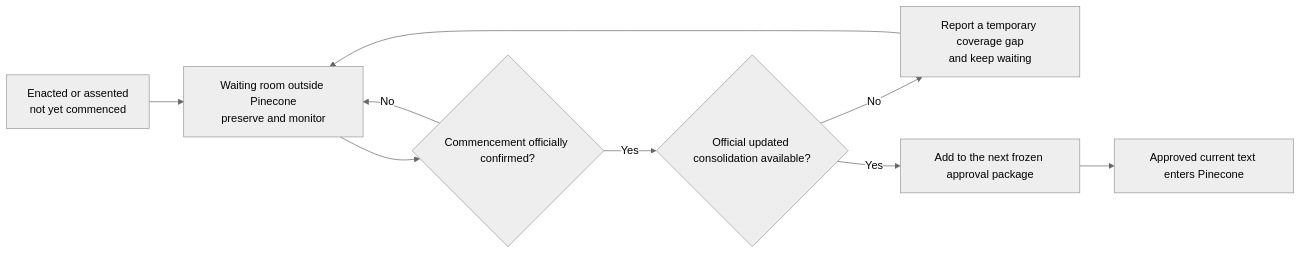
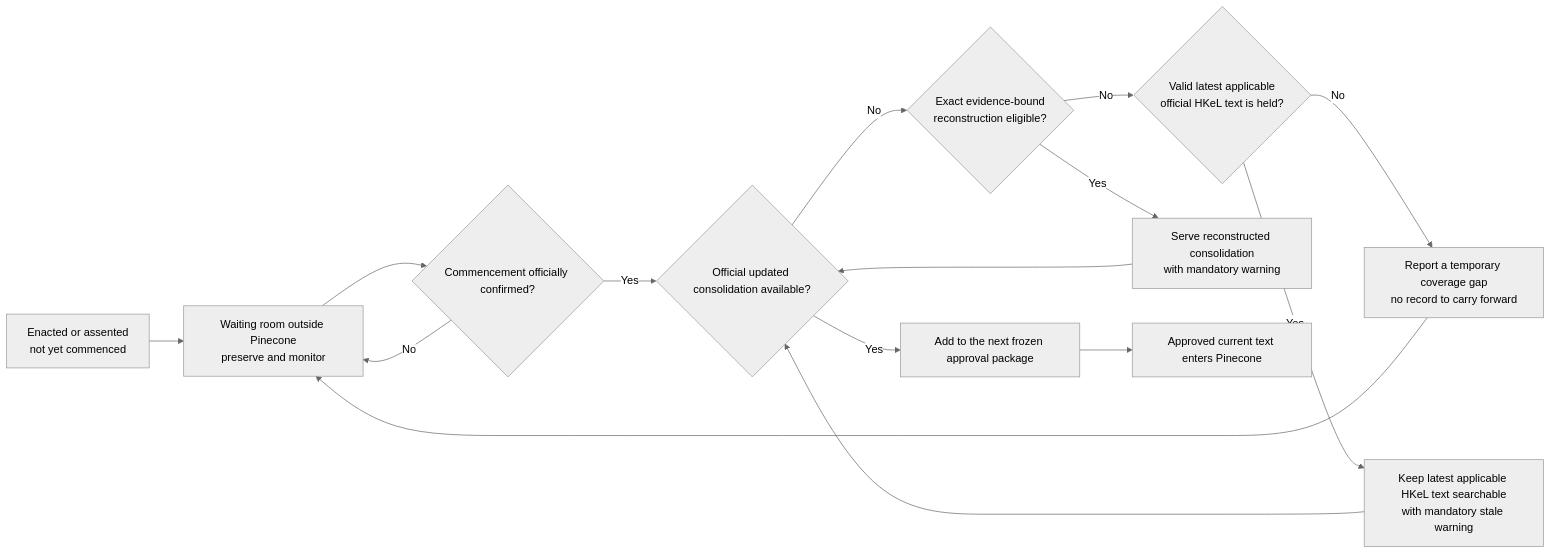
One commit to stevw-repo/AutonomousLCP changed diagram 15 of 23 in docs/design/INITIAL_OVERALL_PIPELINE_DESIGN.md. Above: the diagram before and after it, drawn with Mermaid (neutral theme). The commit also changed other lines of this file and 96 other files, not shown here.

````diff
--- a/docs/design/INITIAL_OVERALL_PIPELINE_DESIGN.md
+++ b/docs/design/INITIAL_OVERALL_PIPELINE_DESIGN.md
@@ -731,16 +1308,26 @@
 ```mermaid
 flowchart LR
     E["Enacted or assented<br/>not yet commenced"]
     W["Waiting room outside Pinecone<br/>preserve and monitor"]
     C{"Commencement officially confirmed?"}
     U{"Official updated consolidation available?"}
-    G["Report a temporary coverage gap<br/>and keep waiting"]
+    R{"Exact evidence-bound<br/>reconstruction eligible?"}
+    V{"Valid latest applicable<br/>official HKeL text is held?"}
+    G["Report a temporary coverage gap<br/>no record to carry forward"]
+    RC["Serve reconstructed consolidation<br/>with mandatory warning"]
+    K["Keep latest applicable HKeL text searchable<br/>with mandatory stale warning"]
     P["Add to the next frozen approval package"]
     PC["Approved current text enters Pinecone"]
 
     E --> W --> C
     C -->|"No"| W
     C -->|"Yes"| U
-    U -->|"No"| G --> W
+    U -->|"No"| R
+    R -->|"Yes"| RC
+    R -->|"No"| V
+    V -->|"No"| G --> W
+    V -->|"Yes"| K
     U -->|"Yes"| P --> PC
+    RC --> U
+    K --> U
 ```
````
